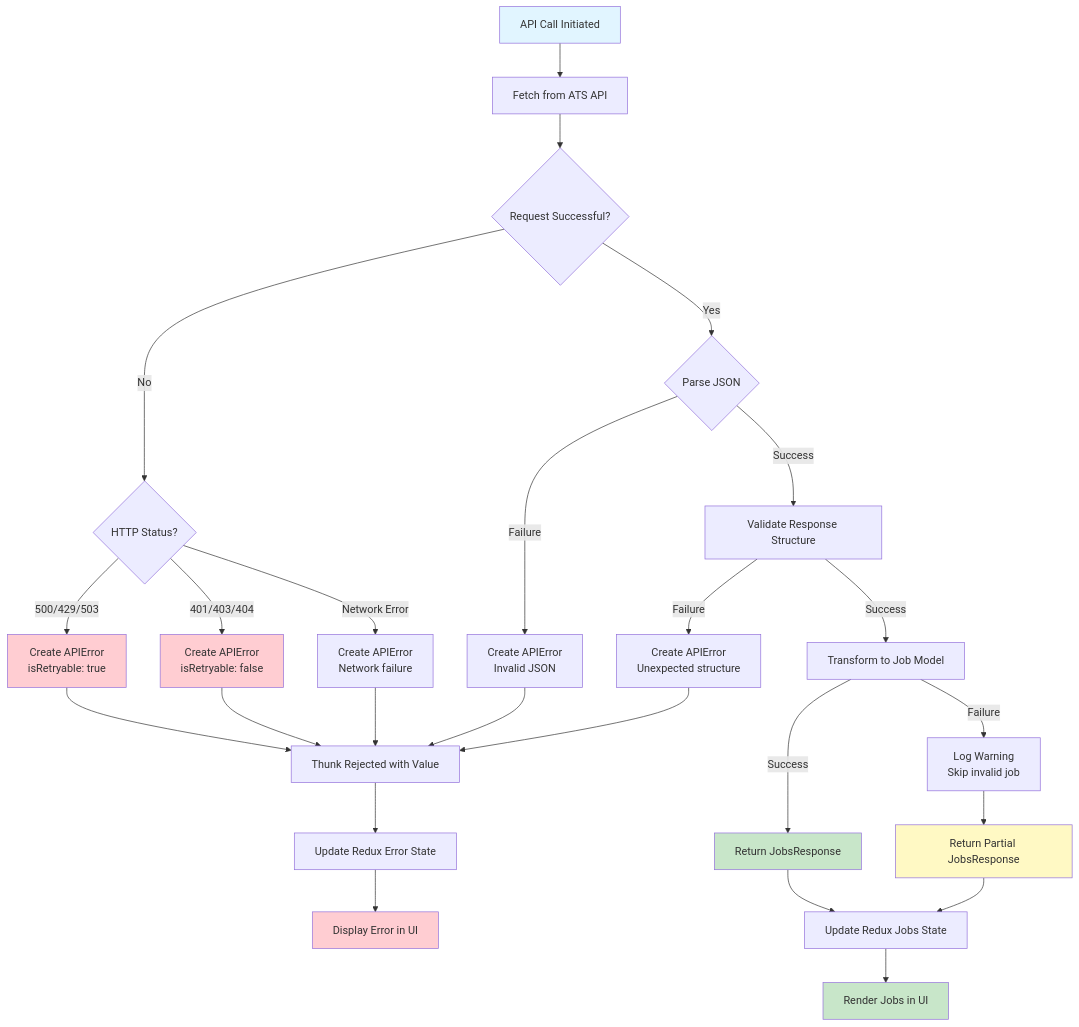
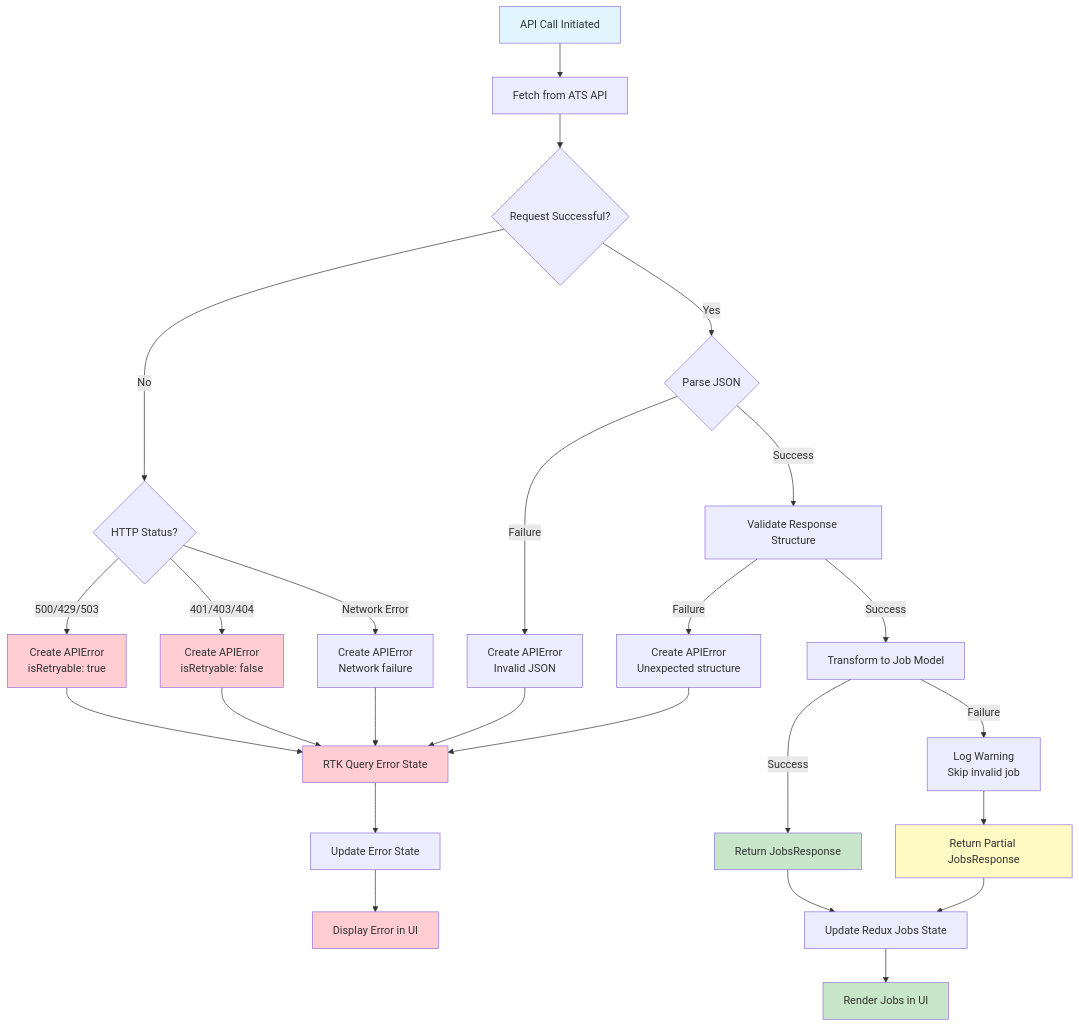
Before and after one commit to brendanpotter00/Job-Visualizer-Notifier: the eighth of 8 diagrams in docs/architecture.md, drawn with Mermaid. The commit also changed other lines of this file and 1 other file, not shown here.

````diff
--- a/docs/architecture.md
+++ b/docs/architecture.md
@@ -536,48 +431,49 @@
 ```mermaid
 graph TB
     Start[API Call Initiated]
 
     Start --> Fetch[Fetch from ATS API]
 
     Fetch --> Success{Request Successful?}
 
     Success -->|No| CheckStatus{HTTP Status?}
 
     CheckStatus -->|500/429/503| Retryable[Create APIError<br/>isRetryable: true]
     CheckStatus -->|401/403/404| NonRetryable[Create APIError<br/>isRetryable: false]
     CheckStatus -->|Network Error| NetworkError[Create APIError<br/>Network failure]
 
     Success -->|Yes| Parse{Parse JSON}
 
     Parse -->|Success| Validate[Validate Response Structure]
     Parse -->|Failure| ParseError[Create APIError<br/>Invalid JSON]
 
     Validate -->|Success| Transform[Transform to Job Model]
     Validate -->|Failure| ValidationError[Create APIError<br/>Unexpected structure]
 
     Transform -->|Success| Return[Return JobsResponse]
     Transform -->|Failure| TransformError[Log Warning<br/>Skip invalid job]
 
     TransformError --> PartialReturn[Return Partial JobsResponse]
 
-    Retryable --> ThunkRejected[Thunk Rejected with Value]
-    NonRetryable --> ThunkRejected
-    NetworkError --> ThunkRejected
-    ParseError --> ThunkRejected
-    ValidationError --> ThunkRejected
+    Retryable --> RTKQueryError[RTK Query Error State]
+    NonRetryable --> RTKQueryError
+    NetworkError --> RTKQueryError
+    ParseError --> RTKQueryError
+    ValidationError --> RTKQueryError
 
-    ThunkRejected --> ErrorSlice[Update Redux Error State]
+    RTKQueryError --> ErrorSlice[Update Error State]
     ErrorSlice --> ShowUI[Display Error in UI]
 
     Return --> SuccessSlice[Update Redux Jobs State]
     PartialReturn --> SuccessSlice
     SuccessSlice --> UpdateUI[Render Jobs in UI]
 
     style Start fill:#e1f5ff
     style Return fill:#c8e6c9
     style PartialReturn fill:#fff9c4
     style Retryable fill:#ffcdd2
     style NonRetryable fill:#ffcdd2
+    style RTKQueryError fill:#ffcdd2
     style ShowUI fill:#ffcdd2
     style UpdateUI fill:#c8e6c9
 ```
````
